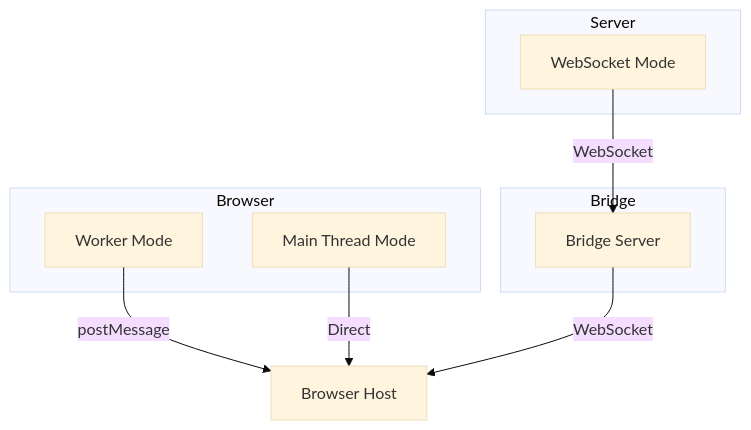
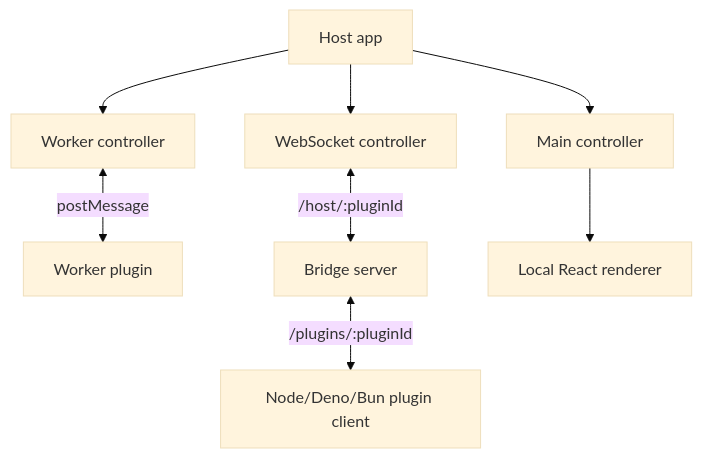
Before and after one commit to HuakunShen/uniview: the diagram in .repowiki/en/content/Architecture/Runtime Modes.md, drawn with Mermaid (base theme). The commit also changed other lines of this file and 31 other files, not shown here.

````diff
--- a/.repowiki/en/content/Architecture/Runtime Modes.md
+++ b/.repowiki/en/content/Architecture/Runtime Modes.md
@@ -22,20 +28,11 @@
 ```mermaid
 graph TB
-    subgraph Browser
-        W[Worker Mode]
-        M[Main Thread Mode]
-    end
-
-    subgraph Server
-        S[WebSocket Mode]
-    end
-
-    subgraph Bridge
-        BS[Bridge Server]
-    end
-
-    W -->|postMessage| BH[Browser Host]
-    M -->|Direct| BH
-    S -->|WebSocket| BS
-    BS -->|WebSocket| BH
+    Host[Host app]
+    Host --> Worker[Worker controller]
+    Host --> WebSocket[WebSocket controller]
+    Host --> Main[Main controller]
+    Worker <-->|postMessage| WorkerRuntime[Worker plugin]
+    WebSocket <-->|/host/:pluginId| Bridge[Bridge server]
+    Bridge <-->|/plugins/:pluginId| Client[Node/Deno/Bun plugin client]
+    Main --> Local[Local React renderer]
 ```
````
